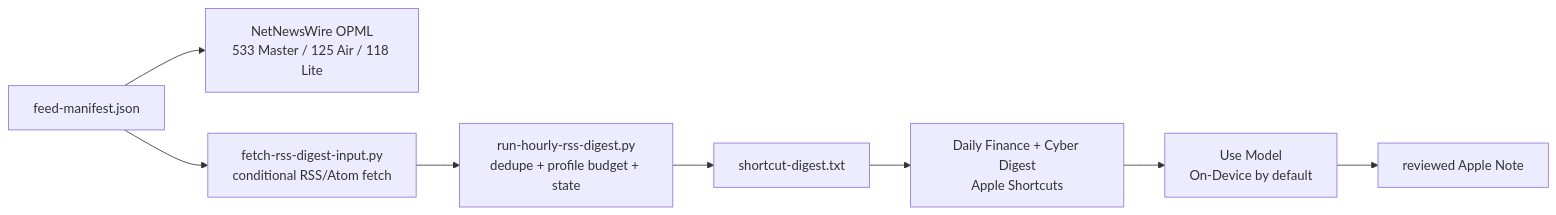
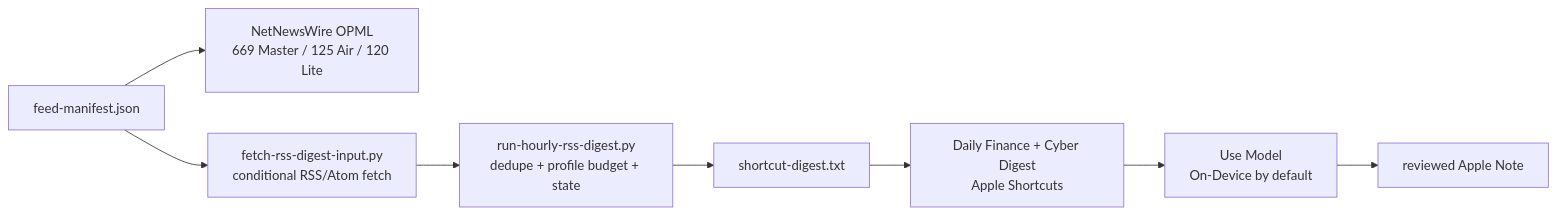
One commit to ZeroXSHDW/NetNewsWire_iOS_RSS changed the diagram in docs/NetNewsWire-Hourly-Apple-Intelligence-Workflow.md. Above: the diagram before and after it, drawn with Mermaid. The commit also changed other lines of this file and 57 other files, not shown here.

Commit message:
Publish free NetNewsWire RSS marketplace listing

````diff
--- a/docs/NetNewsWire-Hourly-Apple-Intelligence-Workflow.md
+++ b/docs/NetNewsWire-Hourly-Apple-Intelligence-Workflow.md
@@ -16,10 +16,10 @@
 ```mermaid
 flowchart LR
-    MANIFEST["feed-manifest.json"] --> OPML["NetNewsWire OPML\n533 Master / 125 Air / 118 Lite"]
+    MANIFEST["feed-manifest.json"] --> OPML["NetNewsWire OPML\n669 Master / 125 Air / 120 Lite"]
     MANIFEST --> FETCH["fetch-rss-digest-input.py\nconditional RSS/Atom fetch"]
     FETCH --> PREP["run-hourly-rss-digest.py\ndedupe + profile budget + state"]
     PREP --> INPUT["shortcut-digest.txt"]
     INPUT --> SHORTCUT["Daily Finance + Cyber Digest\nApple Shortcuts"]
     SHORTCUT --> MODEL["Use Model\nOn-Device by default"]
     MODEL --> NOTE["reviewed Apple Note"]
 ```
````
